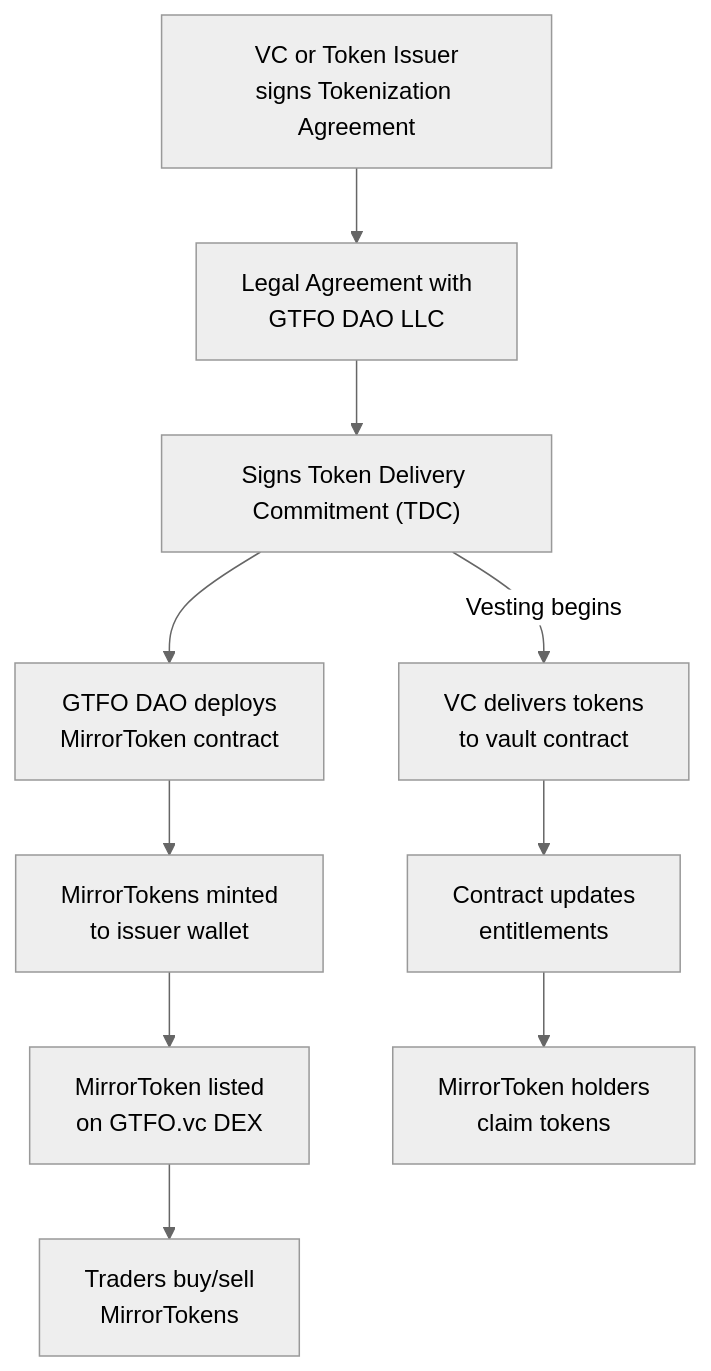
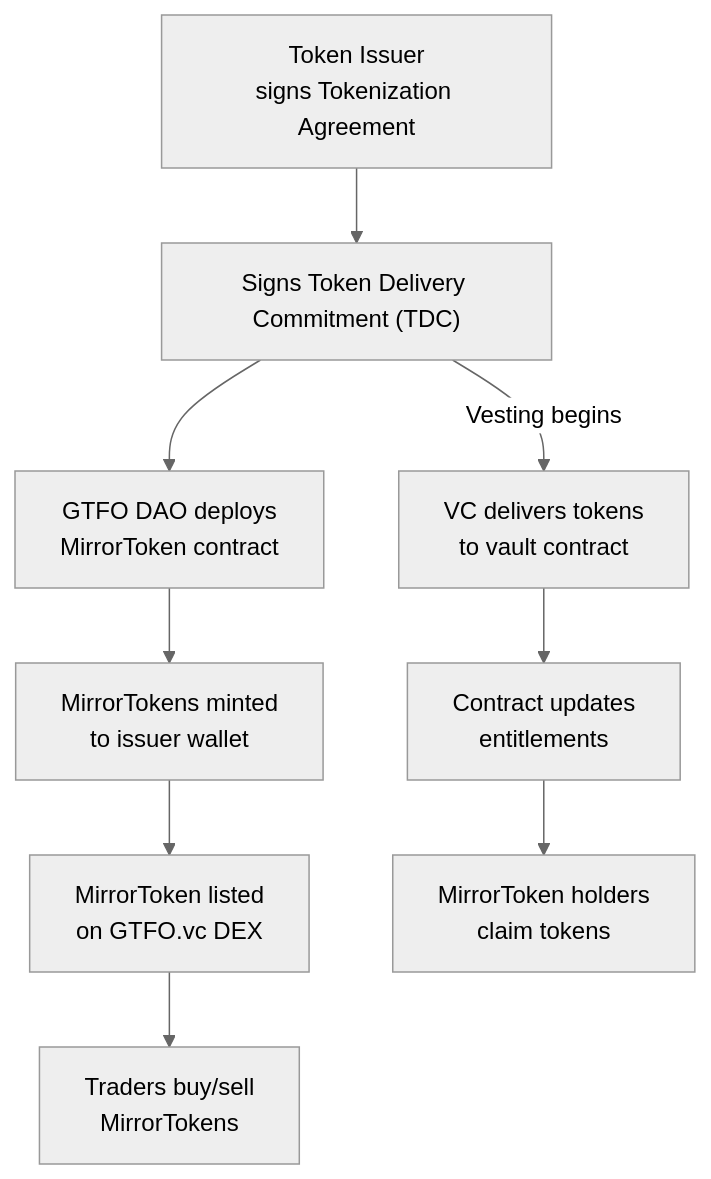
Before and after one commit to 1stdex/docs: the diagram in index.mdx, drawn with Mermaid (neutral theme).

Commit message:
Documentation edits made through Mintlify web editor

````diff
--- a/index.mdx
+++ b/index.mdx
@@ -63,12 +63,11 @@
 ```mermaid
 flowchart TD
-  VC["VC or Token Issuer<br>signs Tokenization Agreement"] --> Agreement["Legal Agreement with<br>GTFO DAO LLC"]
-  Agreement --> TDC["Signs Token Delivery Commitment (TDC)"]
+  VC["Token Issuer<br>signs Tokenization Agreement"] --> TDC["Signs Token Delivery Commitment (TDC)"]
   TDC --> Deploy["GTFO DAO deploys<br>MirrorToken contract"]
   Deploy --> Mint["MirrorTokens minted<br>to issuer wallet"]
   Mint --> List["MirrorToken listed<br>on GTFO.vc DEX"]
   List --> Trade["Traders buy/sell<br>MirrorTokens"]
   TDC -->|Vesting begins| Delivery["VC delivers tokens<br>to vault contract"]
   Delivery --> Vault["Contract updates<br>entitlements"]
   Vault --> Claim["MirrorToken holders<br>claim tokens"]
 ```
````
